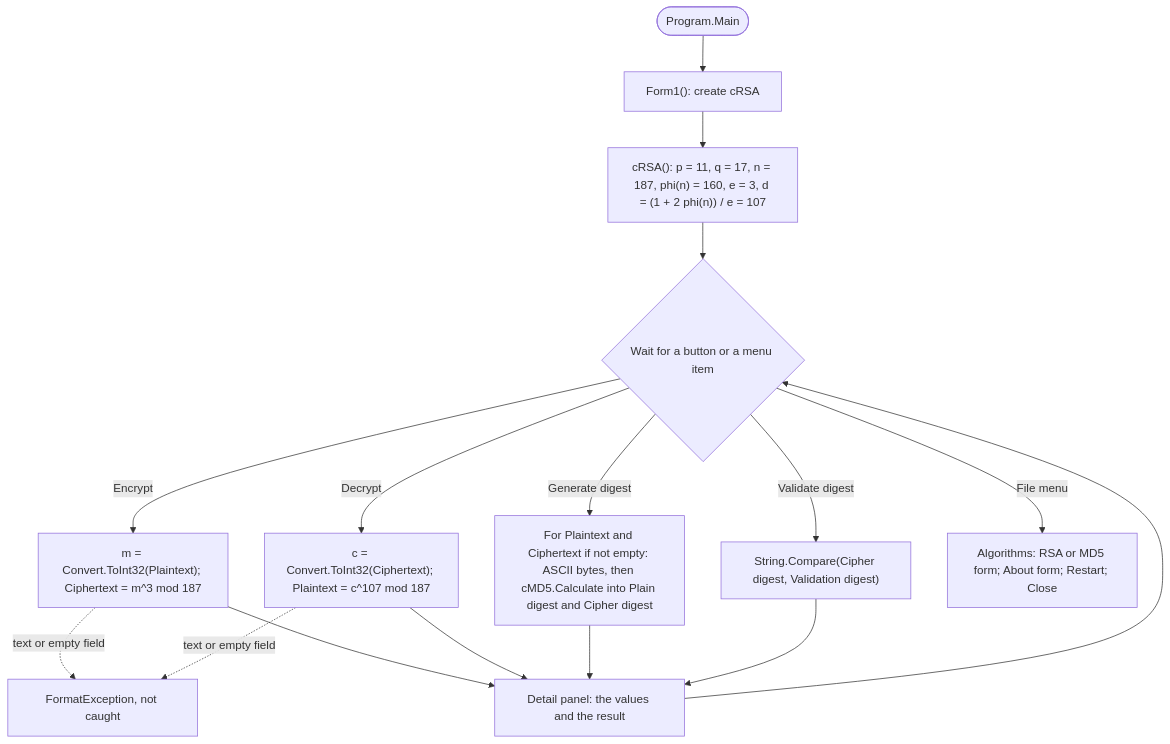
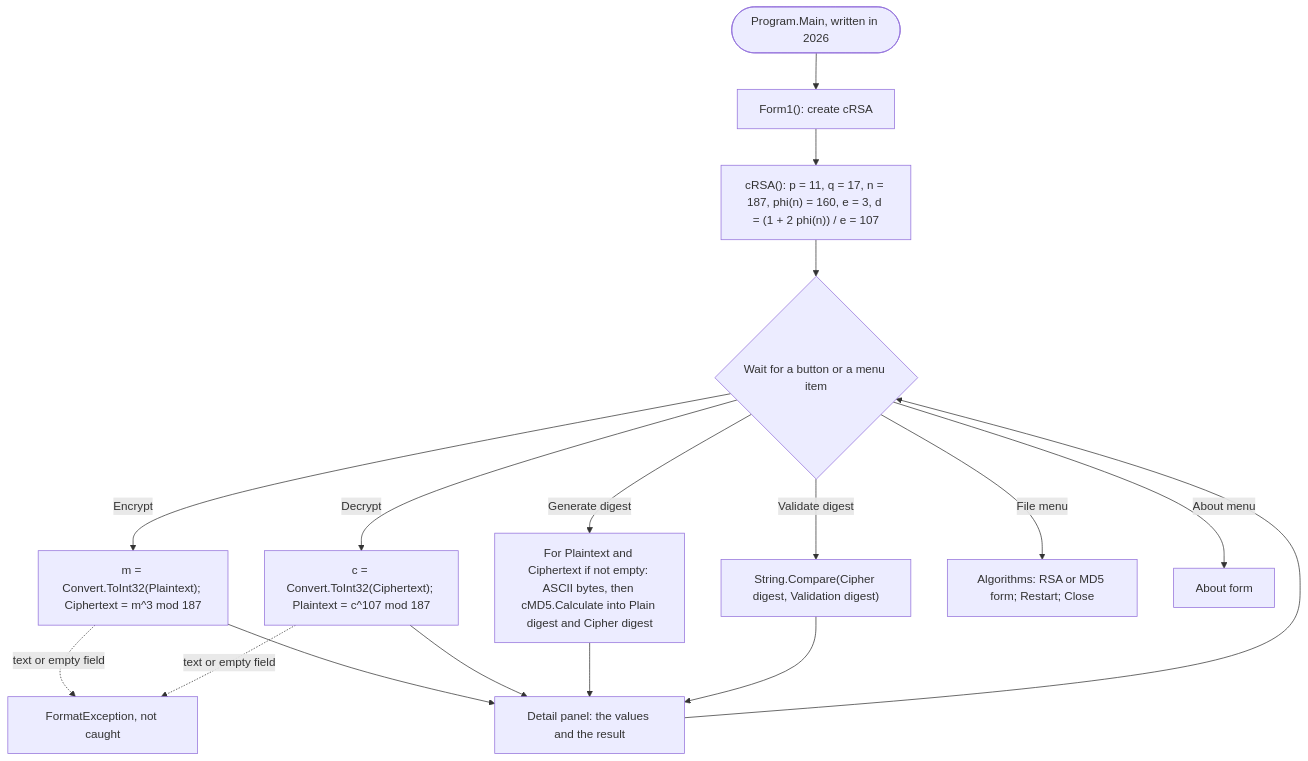
The first of 2 diagrams in README.md (mtorun0x7cd/raven-one-simulink), drawn with Mermaid before and after one commit.

Commit message:
docs: show the About menu and the 2026 entry point in the program flow
The About form opens from a menu of its own, not from the File menu, as the handlers of the main window show; the diagram now draws the two menus apart and its text description says so. Its start node marks Program.Main as the entry point written in 2026.

````diff
--- a/README.md
+++ b/README.md
@@ -208,20 +208,21 @@
 ```mermaid
 flowchart TD
     accTitle: Program flow of Raven One SimuLink
-    accDescr: Program.Main opens the main window, whose constructor creates the RSA object, which computes the keys once. The window then waits for a button or a menu item. Encrypt and Decrypt convert a text field to an integer and compute its third or 107th power modulo 187; text in the field raises a FormatException that no handler catches. Generate digest hashes each field that is not empty with cMD5. Validate digest compares the cipher digest with the typed validation digest. The detail panel shows the values of each step. The File menu opens the description forms, restarts or closes the program.
-    start(["Program.Main"]) --> window["Form1(): create cRSA"]
+    accDescr: Program.Main, the entry point written in 2026, opens the main window, whose constructor creates the RSA object, which computes the keys once. The window then waits for a button or a menu item. Encrypt and Decrypt convert a text field to an integer and compute its third or 107th power modulo 187; text in the field raises a FormatException that no handler catches. Generate digest hashes each field that is not empty with cMD5. Validate digest compares the cipher digest with the typed validation digest. The detail panel shows the values of each step. The File menu opens the RSA and MD5 description forms, restarts or closes the program; the About menu opens the About form.
+    start(["Program.Main, written in 2026"]) --> window["Form1(): create cRSA"]
     window --> keys["cRSA(): p = 11, q = 17, n = 187, phi(n) = 160, e = 3, d = (1 + 2 phi(n)) / e = 107"]
     keys --> wait{"Wait for a button or a menu item"}
     wait -->|Encrypt| enc["m = Convert.ToInt32(Plaintext); Ciphertext = m^3 mod 187"]
     wait -->|Decrypt| dec["c = Convert.ToInt32(Ciphertext); Plaintext = c^107 mod 187"]
     wait -->|Generate digest| md5["For Plaintext and Ciphertext if not empty: ASCII bytes, then cMD5.Calculate into Plain digest and Cipher digest"]
     wait -->|Validate digest| val["String.Compare(Cipher digest, Validation digest)"]
-    wait -->|File menu| menu["Algorithms: RSA or MD5 form; About form; Restart; Close"]
+    wait -->|File menu| menu["Algorithms: RSA or MD5 form; Restart; Close"]
+    wait -->|About menu| about["About form"]
     enc -.->|text or empty field| err["FormatException, not caught"]
     dec -.->|text or empty field| err
     enc --> panel["Detail panel: the values and the result"]
     dec --> panel
     md5 --> panel
     val --> panel
     panel --> wait
 ```
````
